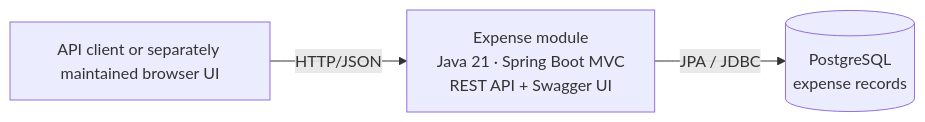
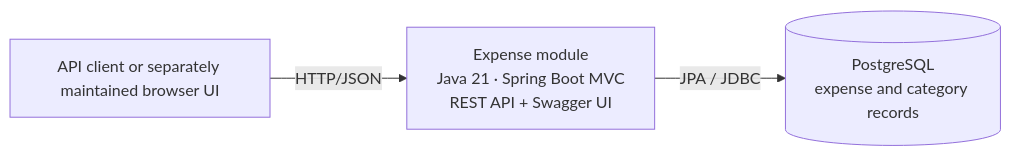
The second of 2 diagrams in docs/architecture.md (baharehfakhriyeh/expense-analyzer), drawn with Mermaid before and after one commit. The commit also changed other lines of this file and 4 other files, not shown here.

````diff
--- a/docs/architecture.md
+++ b/docs/architecture.md
@@ -20,8 +20,8 @@
 ```mermaid
 flowchart LR
     Client[API client or separately maintained browser UI]
     App[Expense module<br/>Java 21 · Spring Boot MVC<br/>REST API + Swagger UI]
-    DB[(PostgreSQL<br/>expense records)]
+    DB[(PostgreSQL<br/>expense and category records)]
     Client -->|HTTP/JSON| App
     App -->|JPA / JDBC| DB
 ```
````
